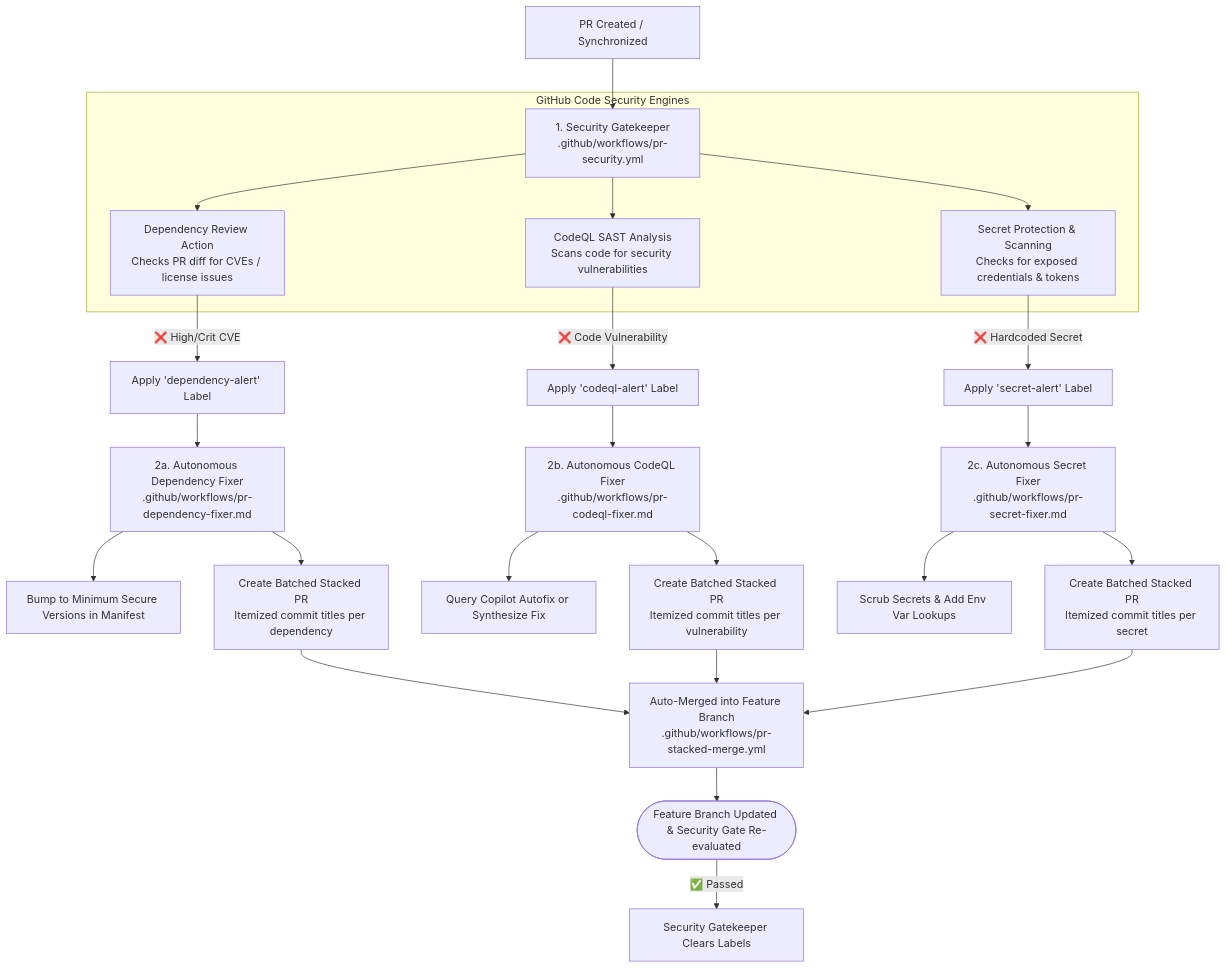
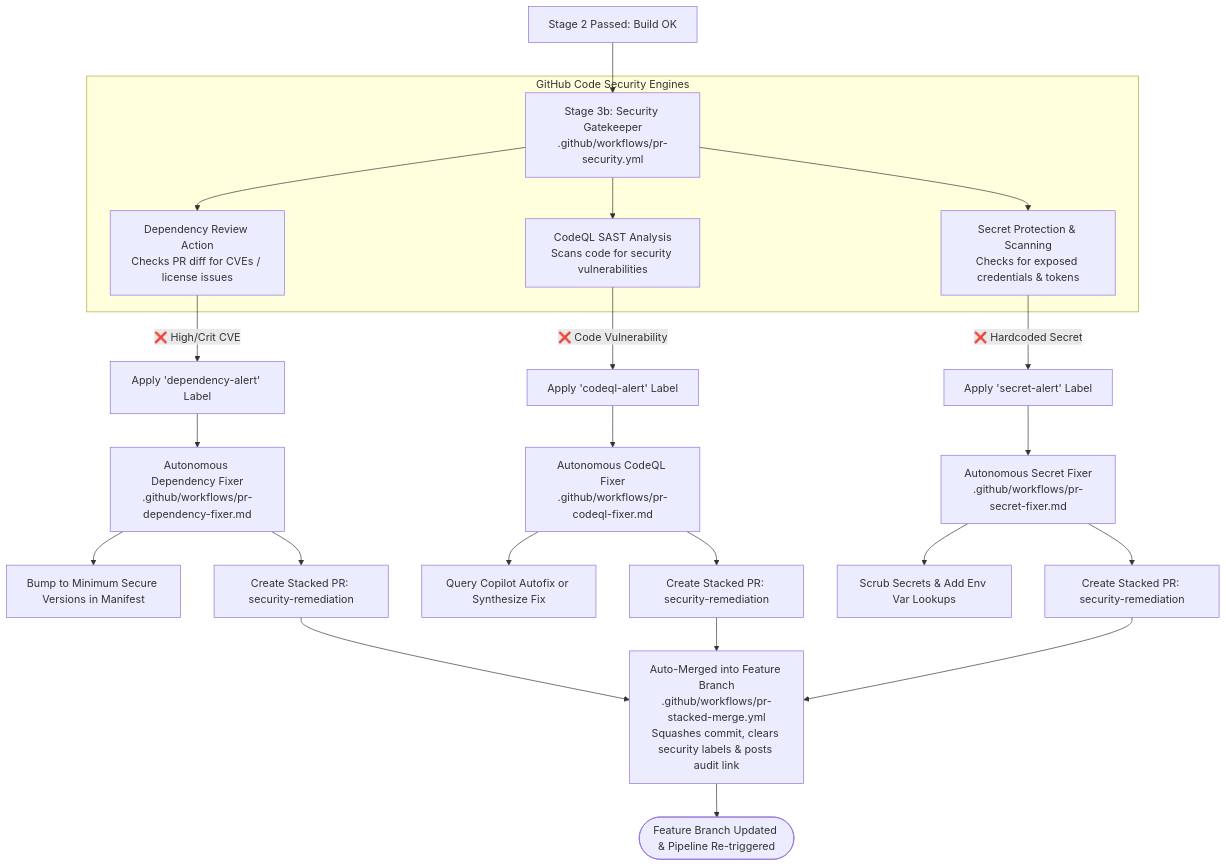
The diagram in docs/pr-security-and-fixer.md (SitoaderOrg/ForgeFlow), drawn with Mermaid before and after one commit. The commit also changed other lines of this file and 9 other files, not shown here.

First line of the commit message:
docs: align architecture overviews and mermaid diagrams with staged orchestrator pipeline

````diff
--- a/docs/pr-security-and-fixer.md
+++ b/docs/pr-security-and-fixer.md
@@ -9,33 +9,30 @@
 ```mermaid
 flowchart TD
-    PR[PR Created / Synchronized] --> SecGate[1. Security Gatekeeper\n.github/workflows/pr-security.yml]
+    BuildPass[Stage 2 Passed: Build OK] --> SecGate[Stage 3b: Security Gatekeeper\n.github/workflows/pr-security.yml]
     
     subgraph GitHub_Code_Security [GitHub Code Security Engines]
         SecGate --> DepReview[Dependency Review Action\nChecks PR diff for CVEs / license issues]
         SecGate --> CodeQL[CodeQL SAST Analysis\nScans code for security vulnerabilities]
         SecGate --> SecScan[Secret Protection & Scanning\nChecks for exposed credentials & tokens]
     end
 
     DepReview -->|❌ High/Crit CVE| AddDepLabel[Apply 'dependency-alert' Label]
     CodeQL -->|❌ Code Vulnerability| AddCodeqlLabel[Apply 'codeql-alert' Label]
     SecScan -->|❌ Hardcoded Secret| AddSecretLabel[Apply 'secret-alert' Label]
 
-    AddDepLabel --> DepFixer[2a. Autonomous Dependency Fixer\n.github/workflows/pr-dependency-fixer.md]
+    AddDepLabel --> DepFixer[Autonomous Dependency Fixer\n.github/workflows/pr-dependency-fixer.md]
     DepFixer --> BumpDep[Bump to Minimum Secure Versions in Manifest]
-    DepFixer --> StackedPRDep[Create Batched Stacked PR\nItemized commit titles per dependency]
+    DepFixer --> StackedPRDep[Create Stacked PR: security-remediation]
 
-    AddCodeqlLabel --> CodeqlFixer[2b. Autonomous CodeQL Fixer\n.github/workflows/pr-codeql-fixer.md]
+    AddCodeqlLabel --> CodeqlFixer[Autonomous CodeQL Fixer\n.github/workflows/pr-codeql-fixer.md]
     CodeqlFixer --> AutofixCheck[Query Copilot Autofix or Synthesize Fix]
-    CodeqlFixer --> StackedPRCodeql[Create Batched Stacked PR\nItemized commit titles per vulnerability]
+    CodeqlFixer --> StackedPRCodeql[Create Stacked PR: security-remediation]
 
-    AddSecretLabel --> SecretFixer[2c. Autonomous Secret Fixer\n.github/workflows/pr-secret-fixer.md]
+    AddSecretLabel --> SecretFixer[Autonomous Secret Fixer\n.github/workflows/pr-secret-fixer.md]
     SecretFixer --> ScrubSecret[Scrub Secrets & Add Env Var Lookups]
-    SecretFixer --> StackedPRSecret[Create Batched Stacked PR\nItemized commit titles per secret]
+    SecretFixer --> StackedPRSecret[Create Stacked PR: security-remediation]
 
-    StackedPRDep --> AutoMerge[Auto-Merged into Feature Branch\n.github/workflows/pr-stacked-merge.yml]
-    StackedPRCodeql --> AutoMerge
-    StackedPRSecret --> AutoMerge
+    StackedPRDep & StackedPRCodeql & StackedPRSecret --> AutoMerge[Auto-Merged into Feature Branch\n.github/workflows/pr-stacked-merge.yml\nSquashes commit, clears security labels & posts audit link]
 
-    AutoMerge --> Recheck([Feature Branch Updated & Security Gate Re-evaluated])
-    Recheck -->|✅ Passed| ClearLabels[Security Gatekeeper Clears Labels]
+    AutoMerge --> Recheck([Feature Branch Updated & Pipeline Re-triggered])
 ```
````
